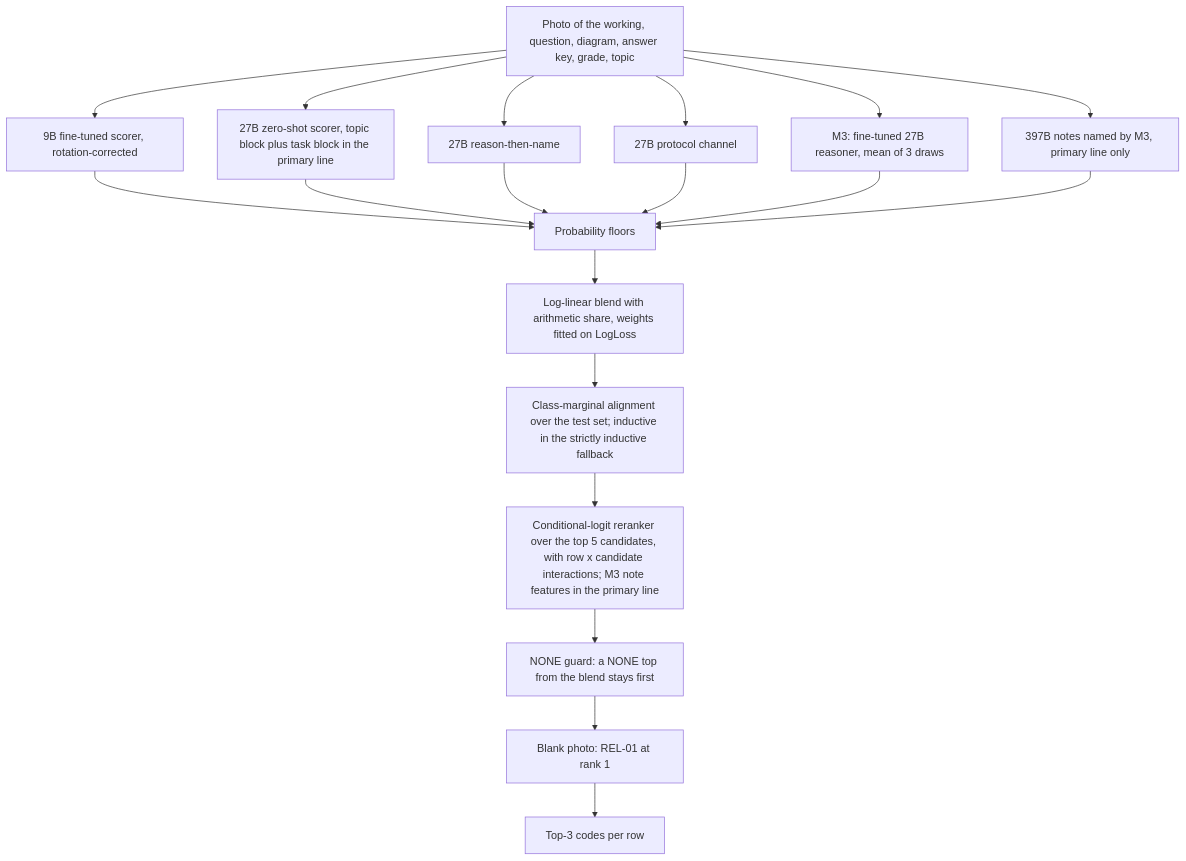
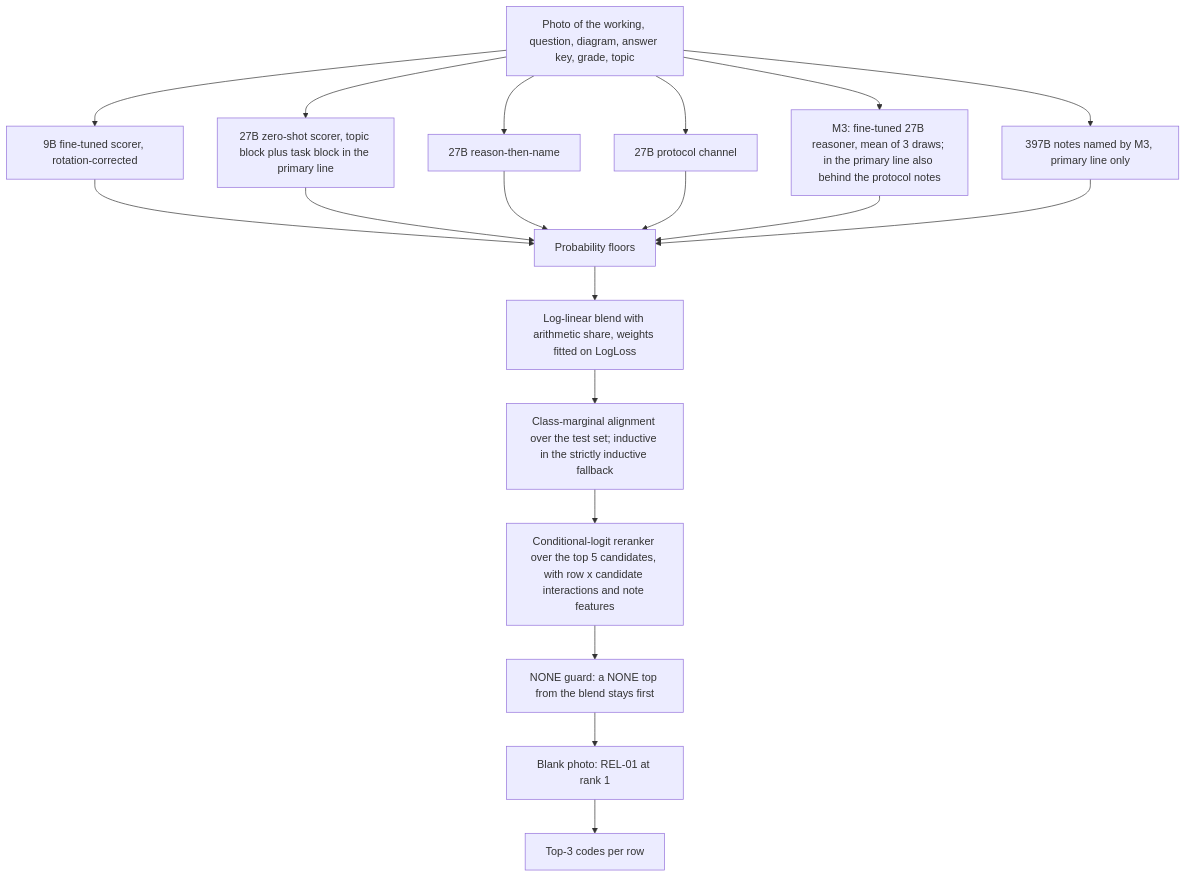
The diagram in README.md (nanare-sudo/k12-misconception-solution), drawn with Mermaid before and after one commit. The commit also changed other lines of this file and 34 other files, not shown here.

````diff
--- a/README.md
+++ b/README.md
@@ -43,35 +46,35 @@
 ```mermaid
 flowchart TD
     IN["Photo of the working, question, diagram, answer key, grade, topic"]
     C1["9B fine-tuned scorer, rotation-corrected"]
     C2["27B zero-shot scorer, topic block plus task block in the primary line"]
     C3["27B reason-then-name"]
     C4["27B protocol channel"]
-    C5["M3: fine-tuned 27B reasoner, mean of 3 draws"]
+    C5["M3: fine-tuned 27B reasoner, mean of 3 draws; in the primary line also behind the protocol notes"]
     C6["397B notes named by M3, primary line only"]
     FL["Probability floors"]
     BL["Log-linear blend with arithmetic share, weights fitted on LogLoss"]
     AL["Class-marginal alignment over the test set; inductive in the strictly inductive fallback"]
-    RR["Conditional-logit reranker over the top 5 candidates, with row x candidate interactions; M3 note features in the primary line"]
+    RR["Conditional-logit reranker over the top 5 candidates, with row x candidate interactions and note features"]
     NG["NONE guard: a NONE top from the blend stays first"]
     BK["Blank photo: REL-01 at rank 1"]
     OUT["Top-3 codes per row"]
     IN --> C1
     IN --> C2
     IN --> C3
     IN --> C4
     IN --> C5
     IN --> C6
     C1 --> FL
     C2 --> FL
     C3 --> FL
     C4 --> FL
     C5 --> FL
     C6 --> FL
     FL --> BL
     BL --> AL
     AL --> RR
     RR --> NG
     NG --> BK
     BK --> OUT
 ```
````
